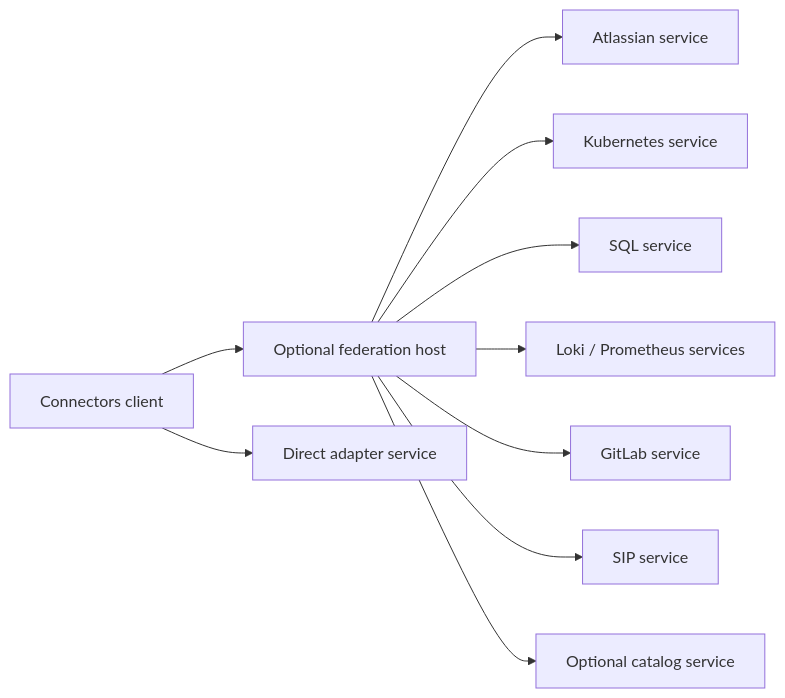
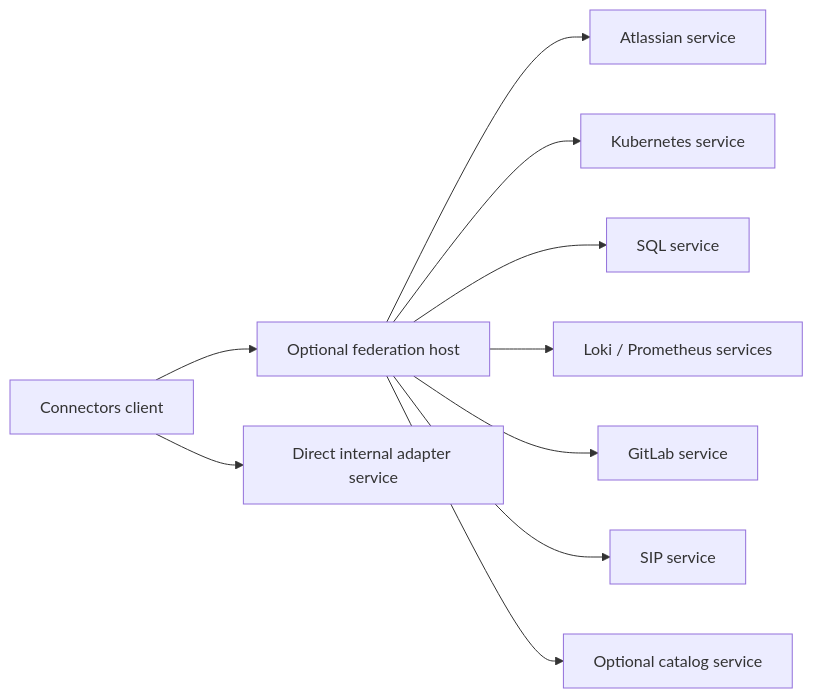
Before and after one commit to beyond10x/connectors: the first of 3 diagrams in docs/design.md, drawn with Mermaid. The commit also changed other lines of this file and 11 other files, not shown here.

````diff
--- a/docs/design.md
+++ b/docs/design.md
@@ -119,12 +121,12 @@
 ```mermaid
 flowchart LR
     client[Connectors client] --> host[Optional federation host]
-    client --> direct[Direct adapter service]
+    client --> direct[Direct internal adapter service]
     host --> atlassian[Atlassian service]
     host --> kube[Kubernetes service]
     host --> sql[SQL service]
     host --> monitoring[Loki / Prometheus services]
     host --> gitlab[GitLab service]
     host --> sip[SIP service]
     host --> catalog[Optional catalog service]
 ```
````
